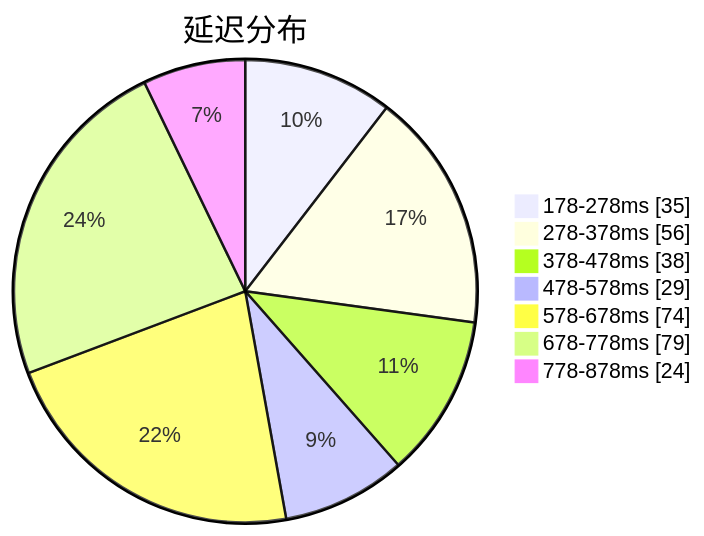
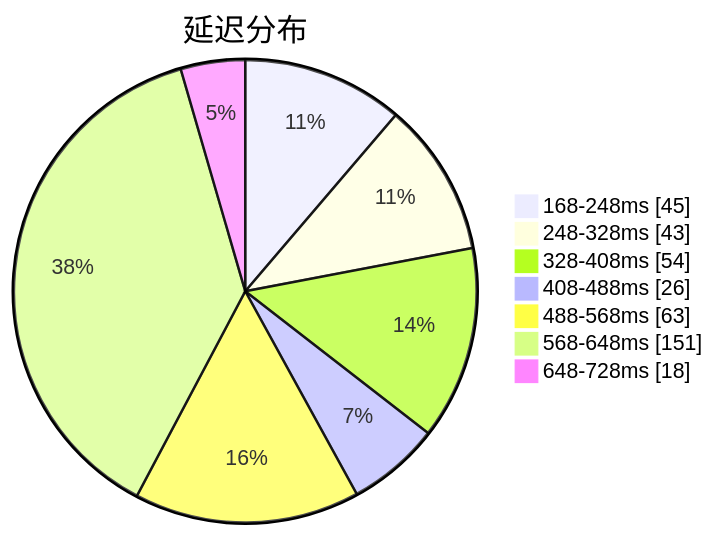
Before and after one commit to qjlxg/airport: the first of 3 diagrams in subs/statistics/tested_within.md, drawn with Mermaid. The commit also changed other lines of this file and 2 other files, not shown here.

Commit message:
Tested by metaST

````diff
--- a/subs/statistics/tested_within.md
+++ b/subs/statistics/tested_within.md
@@ -2,11 +2,11 @@
 ```mermaid
 pie showData
 title 延迟分布
-"178-278ms" : 35
-"278-378ms" : 56
-"378-478ms" : 38
-"478-578ms" : 29
-"578-678ms" : 74
-"678-778ms" : 79
-"778-878ms" : 24
+"168-248ms" : 45
+"248-328ms" : 43
+"328-408ms" : 54
+"408-488ms" : 26
+"488-568ms" : 63
+"568-648ms" : 151
+"648-728ms" : 18
 ```
````
